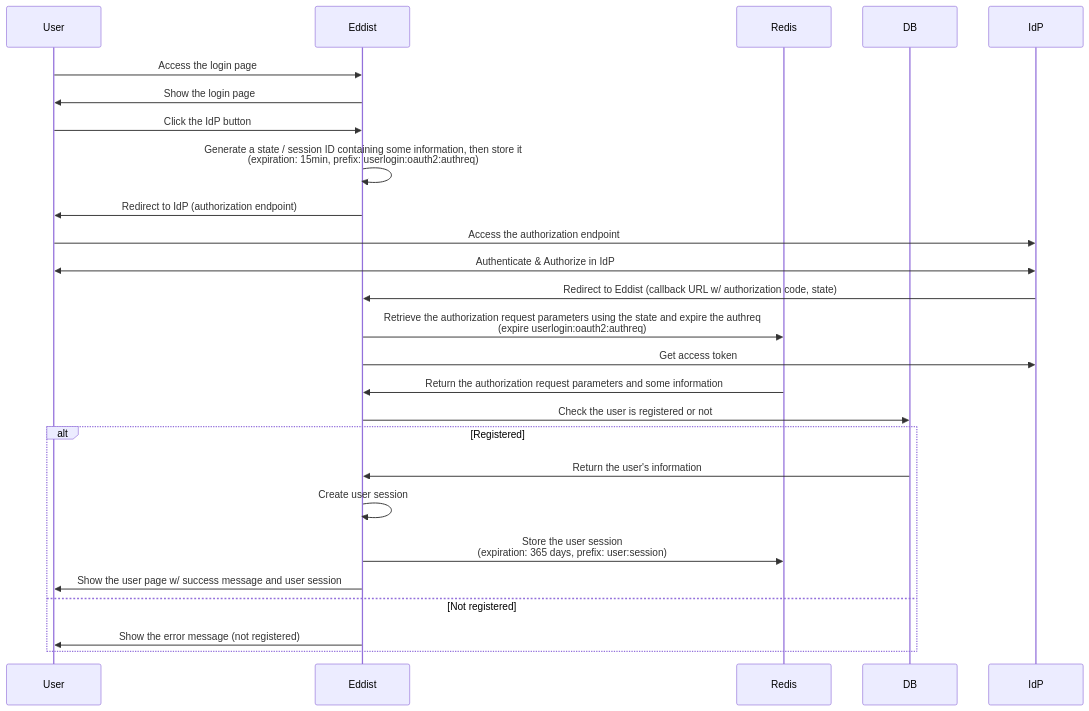
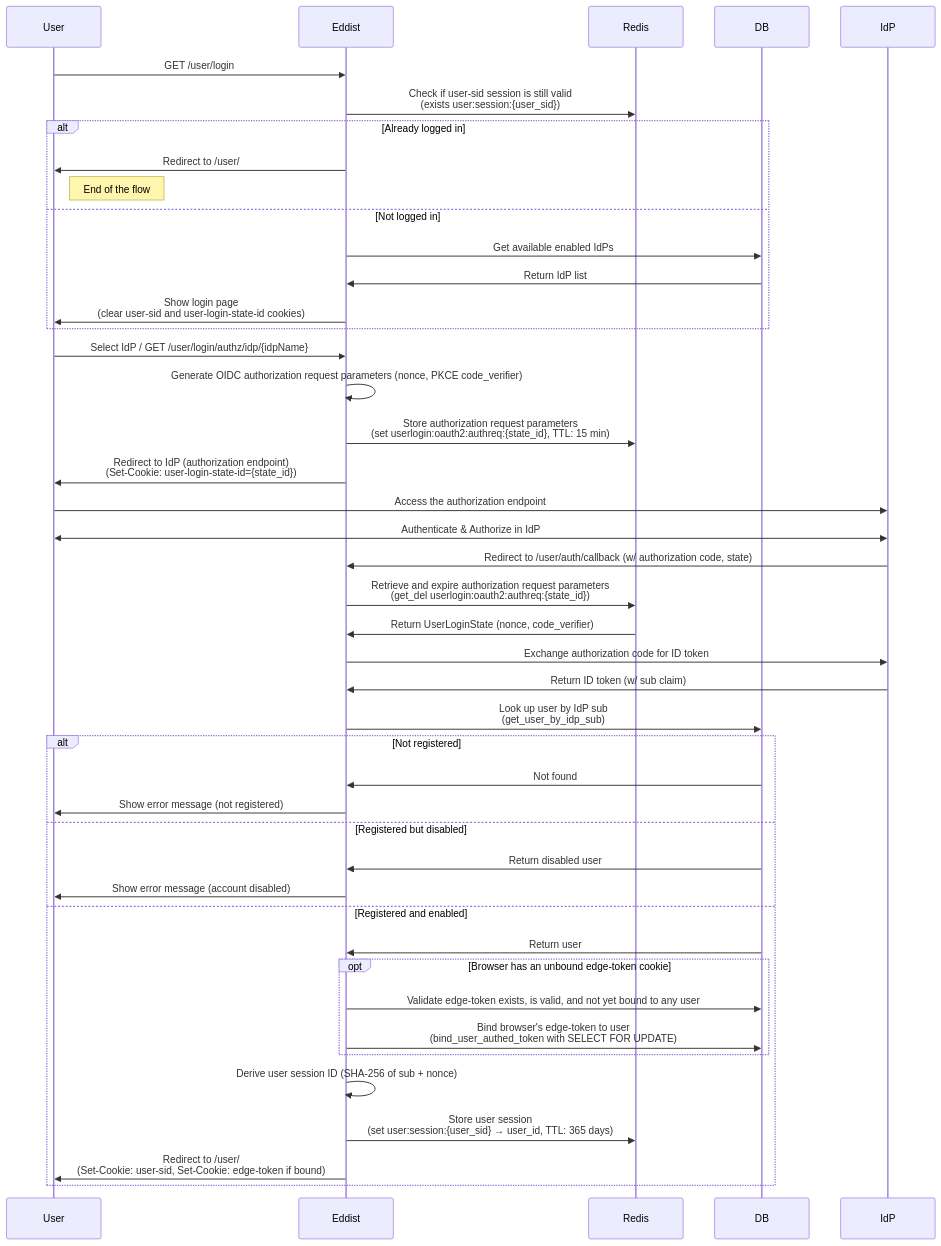
Before and after one commit to edginer/eddist: the second of 5 diagrams in docs/user-registration.md, drawn with Mermaid. The commit also changed other lines of this file and 3 other files, not shown here.

Commit message:
feat: enhance user registration flow with optional IDP linking and enforce registration for unlinked tokens

````diff
--- a/docs/user-registration.md
+++ b/docs/user-registration.md
@@ -84,29 +125,47 @@
 ```mermaid
 sequenceDiagram
     participant User
     participant Eddist
     participant Redis
     participant DB
     participant IdP
 
-    User->>Eddist: Access the login page
-    Eddist->>User: Show the login page
-    User->>Eddist: Click the IdP button
-    Eddist->>Eddist: Generate a state / session ID containing some information, then store it <br> (expiration: 15min, prefix: userlogin:oauth2:authreq)
-    Eddist->>User: Redirect to IdP (authorization endpoint)
+    User->>Eddist: GET /user/login
+    Eddist->>Redis: Check if user-sid session is still valid <br> (exists user:session:{user_sid})
+    alt Already logged in
+        Eddist->>User: Redirect to /user/
+        Note right of User: End of the flow
+    else Not logged in
+        Eddist->>DB: Get available enabled IdPs
+        DB->>Eddist: Return IdP list
+        Eddist->>User: Show login page <br> (clear user-sid and user-login-state-id cookies)
+    end
+    User->>Eddist: Select IdP / GET /user/login/authz/idp/{idpName}
+    Eddist->>Eddist: Generate OIDC authorization request parameters (nonce, PKCE code_verifier)
+    Eddist->>Redis: Store authorization request parameters <br> (set userlogin:oauth2:authreq:{state_id}, TTL: 15 min)
+    Eddist->>User: Redirect to IdP (authorization endpoint) <br> (Set-Cookie: user-login-state-id={state_id})
     User->>IdP: Access the authorization endpoint
     IdP<<->>User: Authenticate & Authorize in IdP
-    IdP->>Eddist: Redirect to Eddist (callback URL w/ authorization code, state)
-    Eddist->>Redis: Retrieve the authorization request parameters using the state and expire the authreq <br> (expire userlogin:oauth2:authreq)
-    Eddist->>IdP: Get access token
-    Redis->>Eddist: Return the authorization request parameters and some information
-    Eddist->>DB: Check the user is registered or not
-    alt Registered
-        DB->>Eddist: Return the user's information
-        Eddist->>Eddist: Create user session
-        Eddist->>Redis: Store the user session <br> (expiration: 365 days, prefix: user:session)
-        Eddist->>User: Show the user page w/ success message and user session
-    else Not registered
-        Eddist->>User: Show the error message (not registered)
+    IdP->>Eddist: Redirect to /user/auth/callback (w/ authorization code, state)
+    Eddist->>Redis: Retrieve and expire authorization request parameters <br> (get_del userlogin:oauth2:authreq:{state_id})
+    Redis->>Eddist: Return UserLoginState (nonce, code_verifier)
+    Eddist->>IdP: Exchange authorization code for ID token
+    IdP->>Eddist: Return ID token (w/ sub claim)
+    Eddist->>DB: Look up user by IdP sub <br> (get_user_by_idp_sub)
+    alt Not registered
+        DB->>Eddist: Not found
+        Eddist->>User: Show error message (not registered)
+    else Registered but disabled
+        DB->>Eddist: Return disabled user
+        Eddist->>User: Show error message (account disabled)
+    else Registered and enabled
+        DB->>Eddist: Return user
+        opt Browser has an unbound edge-token cookie
+            Eddist->>DB: Validate edge-token exists, is valid, and not yet bound to any user
+            Eddist->>DB: Bind browser's edge-token to user <br> (bind_user_authed_token with SELECT FOR UPDATE)
+        end
+        Eddist->>Eddist: Derive user session ID (SHA-256 of sub + nonce)
+        Eddist->>Redis: Store user session <br> (set user:session:{user_sid} → user_id, TTL: 365 days)
+        Eddist->>User: Redirect to /user/ <br> (Set-Cookie: user-sid, Set-Cookie: edge-token if bound)
     end
 ```
````
